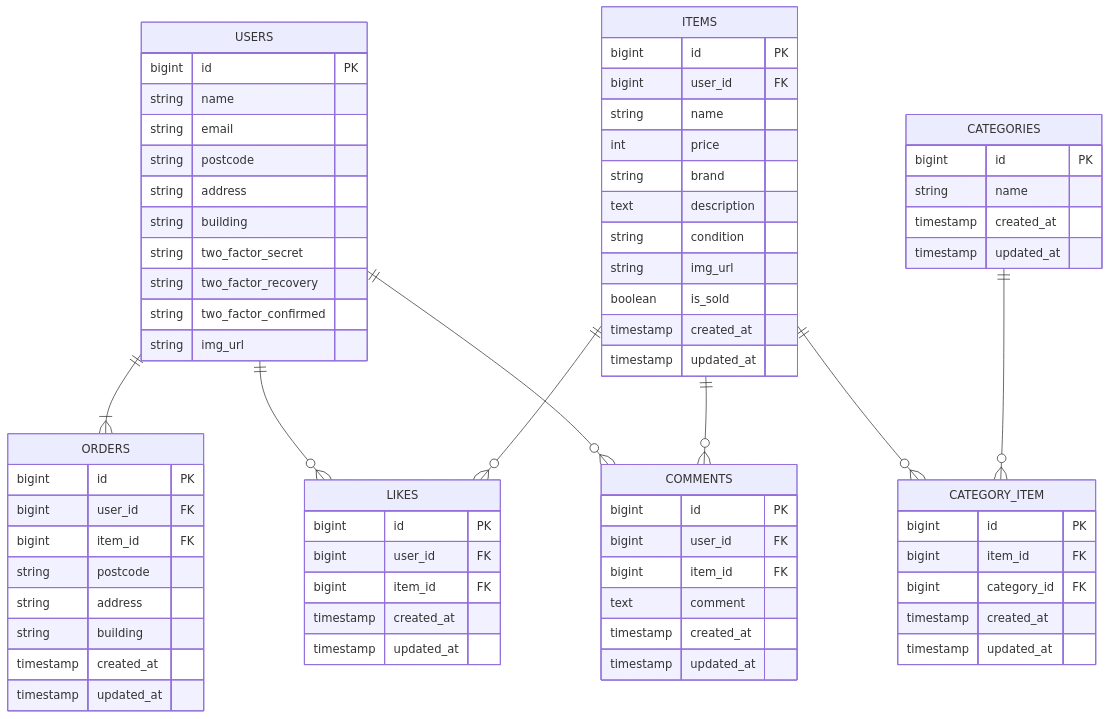
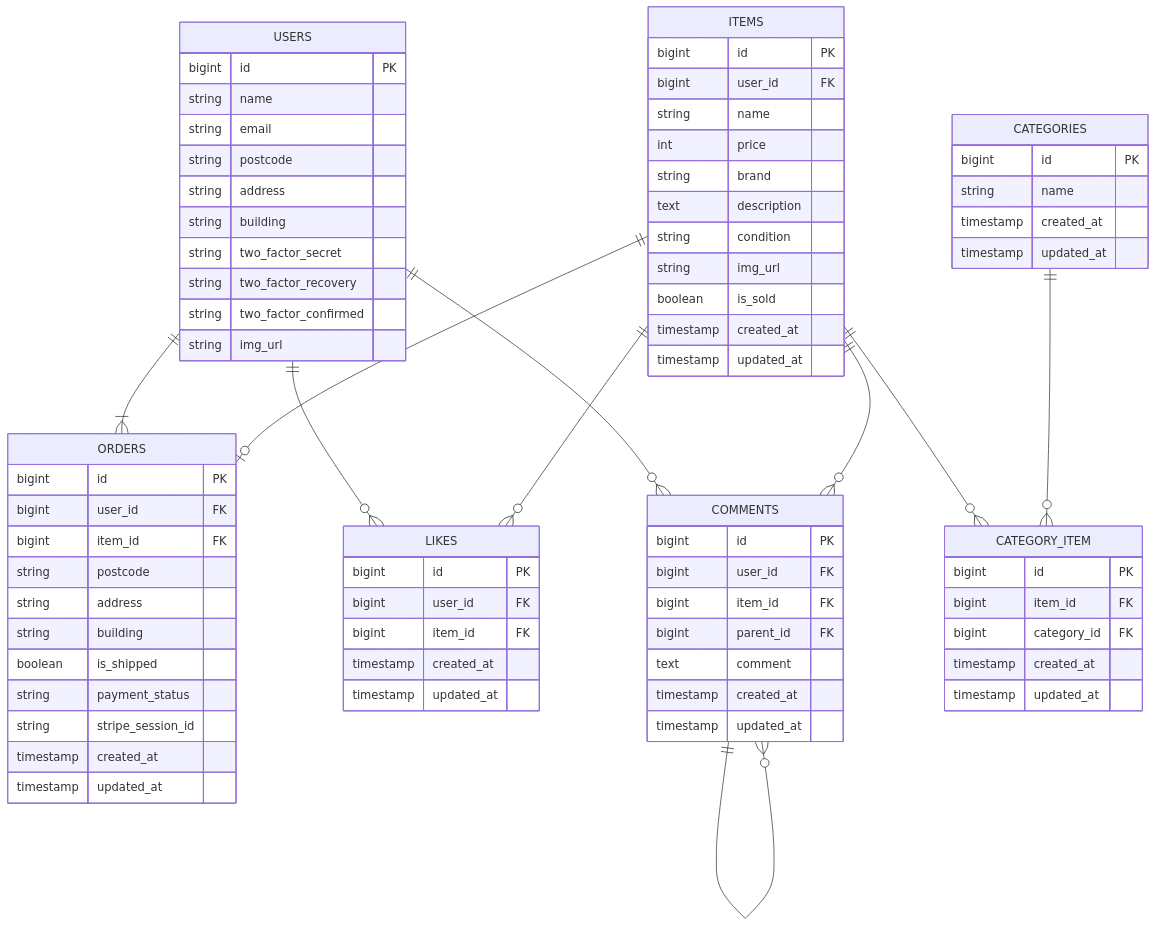
Before and after one commit to koko-chii/flea-market-app: the diagram in README.md, drawn with Mermaid. The commit also changed other lines of this file and 24 other files, not shown here.

```diff
--- a/README.md
+++ b/README.md
@@ -27,7 +27,9 @@
     ITEMS ||--o{ LIKES : ""
     ITEMS ||--o{ COMMENTS : ""
     ITEMS ||--o{ CATEGORY_ITEM : ""
+    ITEMS ||--o| ORDERS : ""
     CATEGORIES ||--o{ CATEGORY_ITEM : ""
+    COMMENTS ||--o{ COMMENTS : ""
 
     USERS {
         bigint id PK
@@ -49,6 +51,9 @@
         string postcode
         string address
         string building
+        boolean is_shipped
+        string payment_status
+        string stripe_session_id
         timestamp created_at
         timestamp updated_at
     }
@@ -65,6 +70,7 @@
         bigint id PK
         bigint user_id FK
         bigint item_id FK
+        bigint parent_id FK
         text comment
         timestamp created_at
         timestamp updated_at
```
